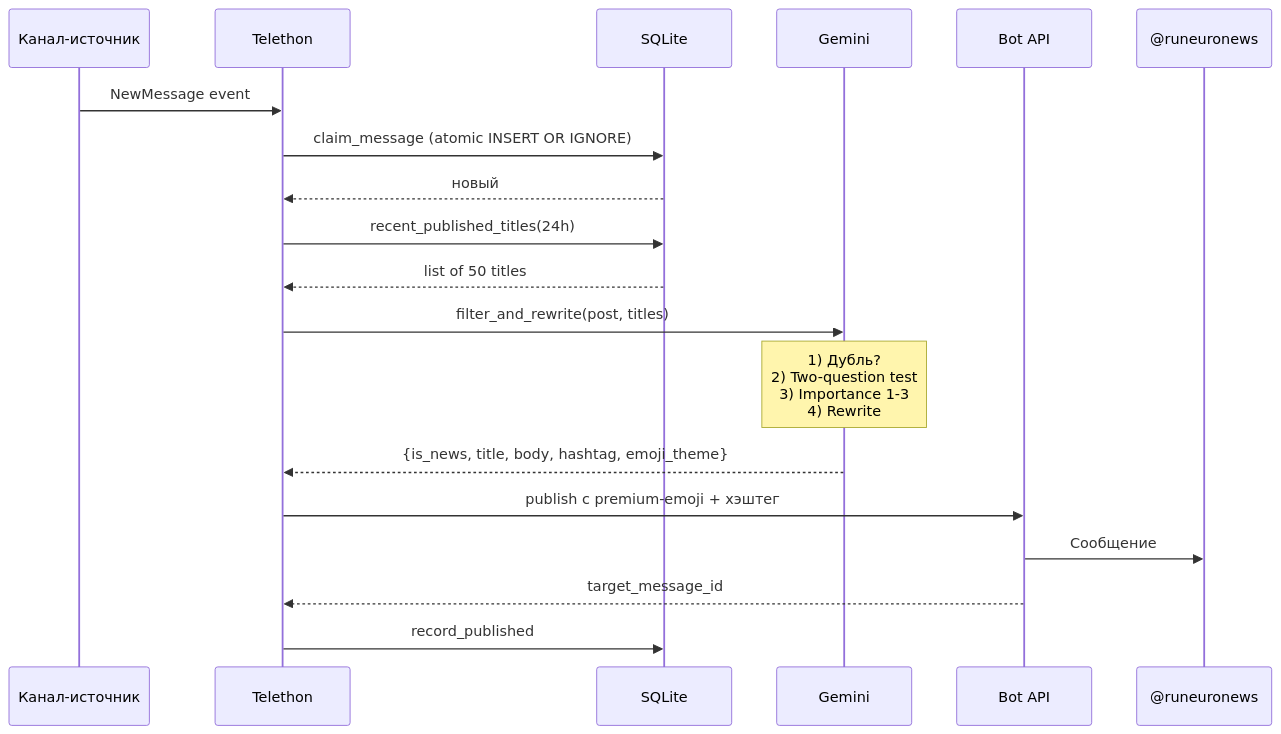
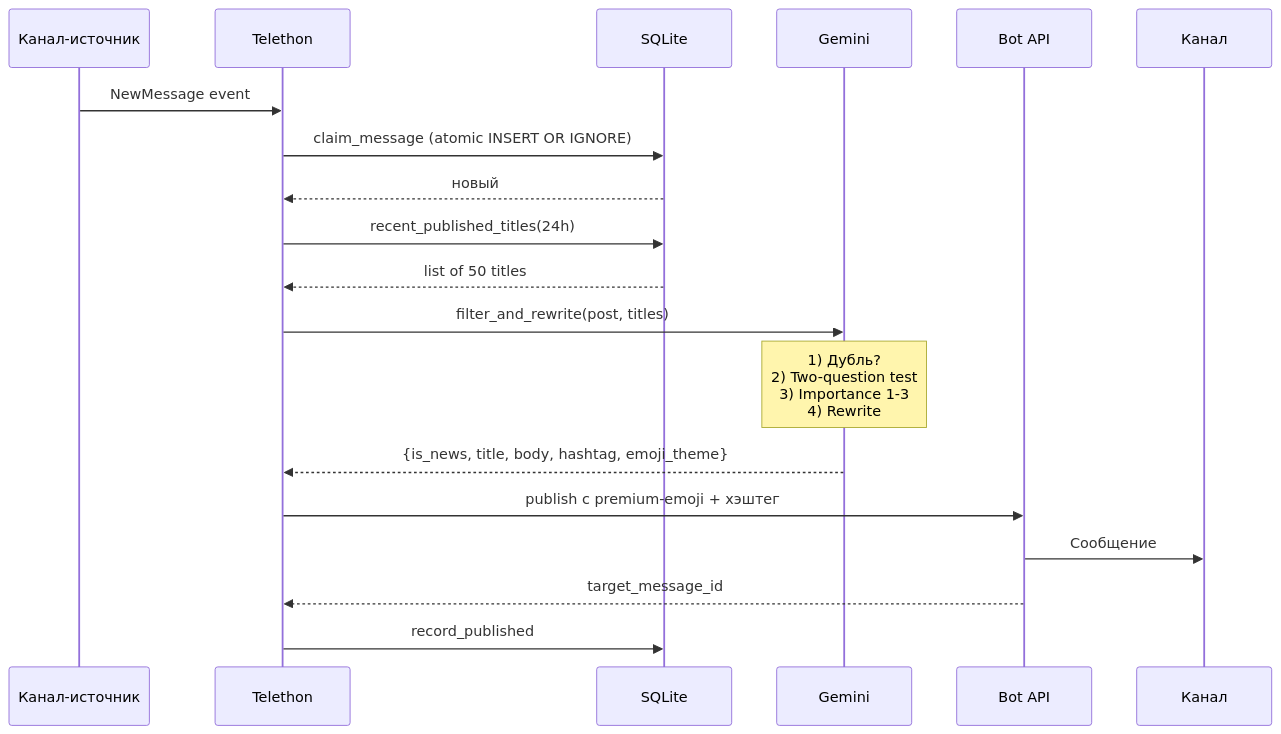
One commit to Gildra-Foundation/news changed the second of 3 diagrams in README.md. Above: the diagram before and after it, drawn with Mermaid. The commit also changed other lines of this file, not shown here.

First line of the commit message:
README: fix Mermaid parse error, link sibling repos

````diff
--- a/README.md
+++ b/README.md
@@ -94,22 +94,22 @@
 ```mermaid
 sequenceDiagram
     participant Src as Канал-источник
     participant TR as Telethon
     participant DB as SQLite
     participant AI as Gemini
     participant Bot as Bot API
-    participant CH as @runeuronews
+    participant CH as Канал
 
     Src->>TR: NewMessage event
     TR->>DB: claim_message (atomic INSERT OR IGNORE)
     DB-->>TR: новый
     TR->>DB: recent_published_titles(24h)
     DB-->>TR: list of 50 titles
     TR->>AI: filter_and_rewrite(post, titles)
     Note over AI: 1) Дубль?<br/>2) Two-question test<br/>3) Importance 1-3<br/>4) Rewrite
     AI-->>TR: {is_news, title, body, hashtag, emoji_theme}
     TR->>Bot: publish с premium-emoji + хэштег
     Bot->>CH: Сообщение
     Bot-->>TR: target_message_id
     TR->>DB: record_published
 ```
````
